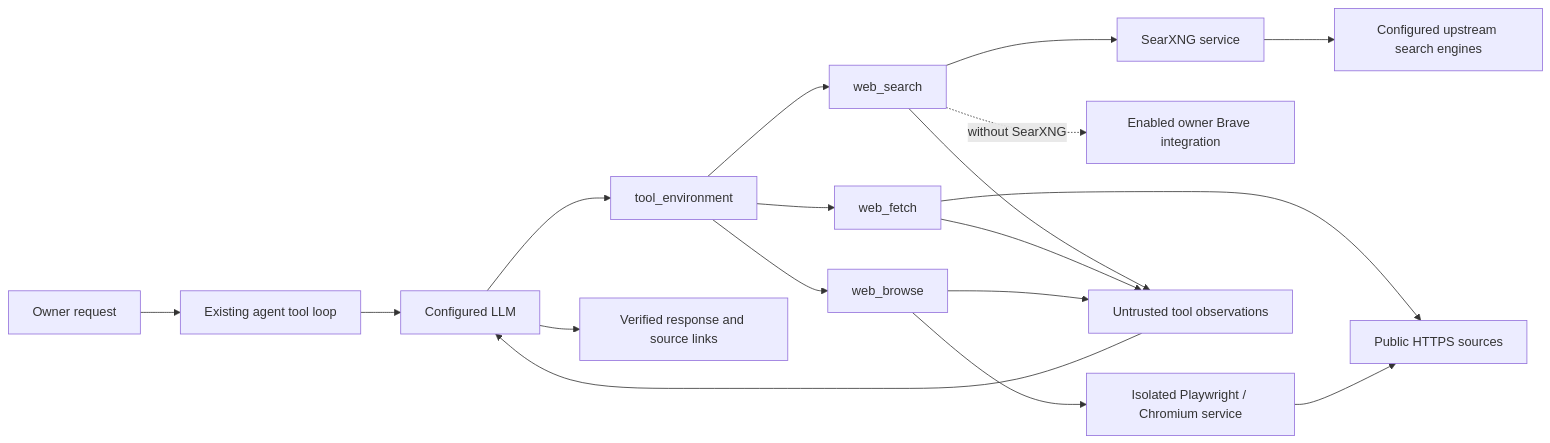
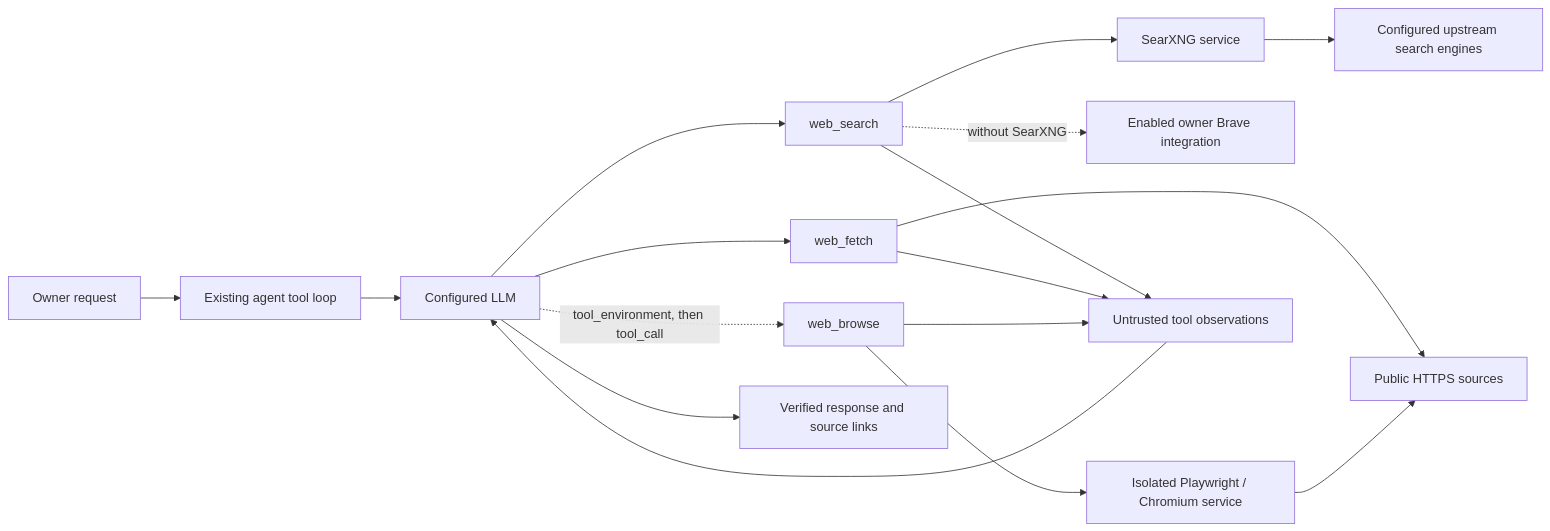
One commit to loorksy/lonorabot changed the diagram in docs/open-web-research.md. Above: the diagram before and after it, drawn with Mermaid. The commit also changed other lines of this file and 44 other files, not shown here.

First line of the commit message:
Capability exposure: eager working sets, stable tool_call bridge, remembered tools

````diff
--- a/docs/open-web-research.md
+++ b/docs/open-web-research.md
@@ -29,20 +37,19 @@
 ```mermaid
 flowchart LR
     Owner[Owner request] --> Loop[Existing agent tool loop]
     Loop --> Model[Configured LLM]
-    Model --> Discovery[tool_environment]
-    Discovery --> Search[web_search]
-    Discovery --> Fetch[web_fetch]
-    Discovery --> Browse[web_browse]
+    Model --> Search[web_search]
+    Model --> Fetch[web_fetch]
+    Model -. tool_environment, then tool_call .-> Browse[web_browse]
     Search --> SearX[SearXNG service]
     Search -. without SearXNG .-> Brave[Enabled owner Brave integration]
     Fetch --> Public[Public HTTPS sources]
     Browse --> Browser[Isolated Playwright / Chromium service]
     Browser --> Public
     SearX --> Engines[Configured upstream search engines]
     Search --> Observation[Untrusted tool observations]
     Fetch --> Observation
     Browse --> Observation
     Observation --> Model
     Model --> Reply[Verified response and source links]
 ```
````
